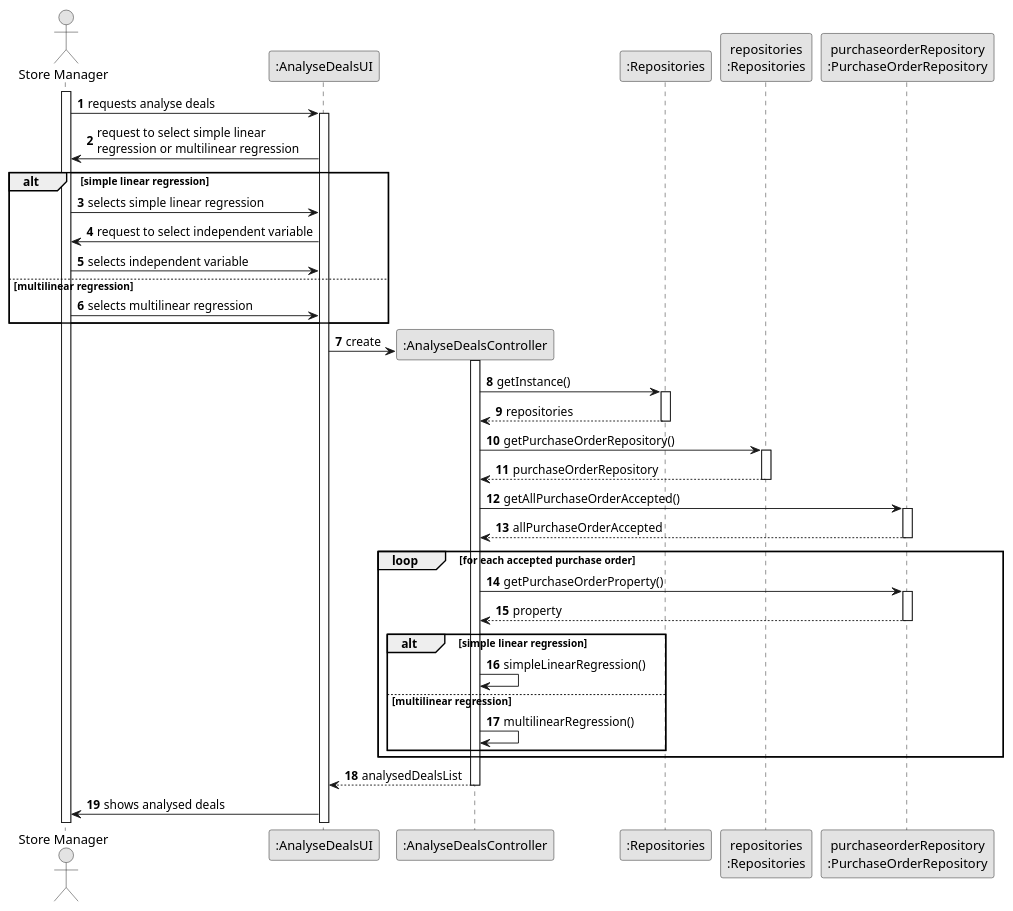
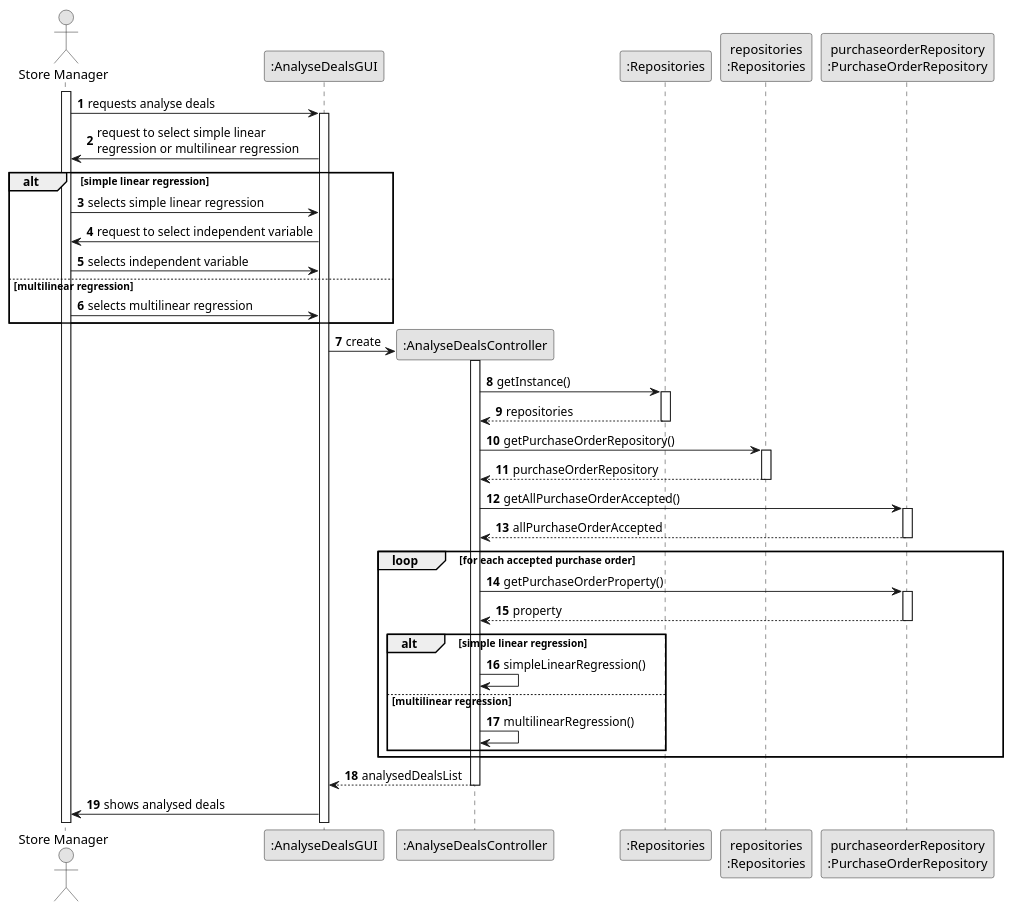
Before and after one commit to tiagohcorreia/LAPR2: the diagram in docs/sprintD/US018/03.design/puml/US018_SD.puml, drawn with PlantUML. The commit also changed 7 other files, not shown here.

Commit message:
US019 - simpleLinearRegression done

```diff
--- a/docs/sprintD/US018/03.design/puml/US018_SD.puml
+++ b/docs/sprintD/US018/03.design/puml/US018_SD.puml
@@ -1,82 +1,82 @@
 @startuml
 'https://plantuml.com/sequence-diagram
 
 skinparam monochrome true
 skinparam shadowing false
 autonumber
 
 actor "Store Manager" as agent
-participant ":AnalyseDealsUI" as ui
+participant ":AnalyseDealsGUI" as gui
 participant ":AnalyseDealsController" as ctrl
 
 
 participant ":Repositories" as repos
 participant "repositories\n:Repositories" as repositories
 participant "purchaseorderRepository\n:PurchaseOrderRepository" as poR
 
 
 
 
 activate agent
-agent -> ui: requests analyse deals
-activate ui
-ui -> agent: request to select simple linear \nregression or multilinear regression
+agent -> gui: requests analyse deals
+activate gui
+gui -> agent: request to select simple linear \nregression or multilinear regression
 
 alt simple linear regression
 
-agent -> ui: selects simple linear regression
+agent -> gui: selects simple linear regression
 
-ui -> agent: request to select independent variable
+gui -> agent: request to select independent variable
 
-agent -> ui: selects independent variable
+agent -> gui: selects independent variable
 
 else multilinear regression
 
-agent -> ui: selects multilinear regression
+agent -> gui: selects multilinear regression
 
 end
 
 
 
-ui -> ctrl**: create
+gui -> ctrl**: create
 activate ctrl
 ctrl -> repos: getInstance()
 activate repos
 return repositories
 
 ctrl -> repositories: getPurchaseOrderRepository()
 
 activate repositories
 return purchaseOrderRepository
 
 
 ctrl -> poR: getAllPurchaseOrderAccepted() 
 activate poR
 
 
 return allPurchaseOrderAccepted
 
 loop for each accepted purchase order
 
 ctrl -> poR: getPurchaseOrderProperty()
 activate poR
 
 return property
 
 alt simple linear regression
 
 ctrl -> ctrl: simpleLinearRegression()
 
 else multilinear regression
 
 ctrl -> ctrl: multilinearRegression()
 
 end
 
 end
 
 return analysedDealsList
 
-ui -> agent: shows analysed deals
+gui -> agent: shows analysed deals
 
 @enduml
```
